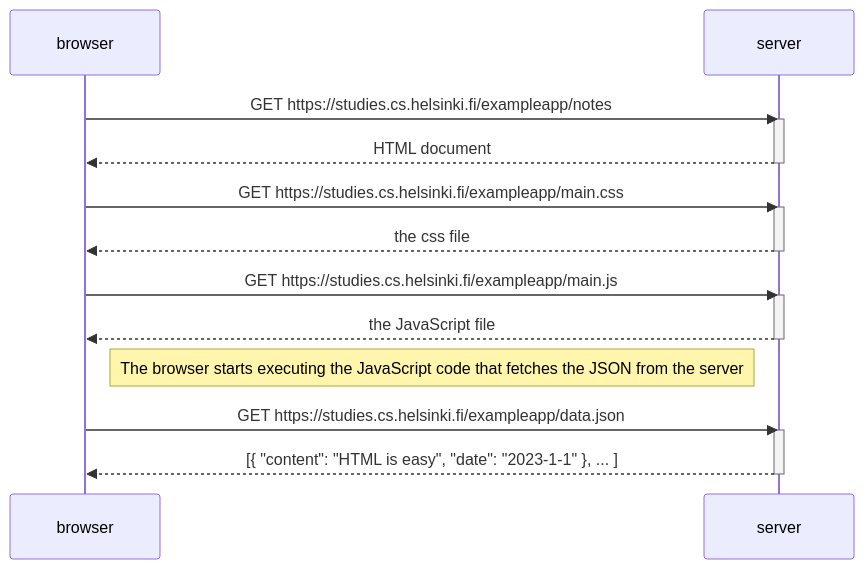
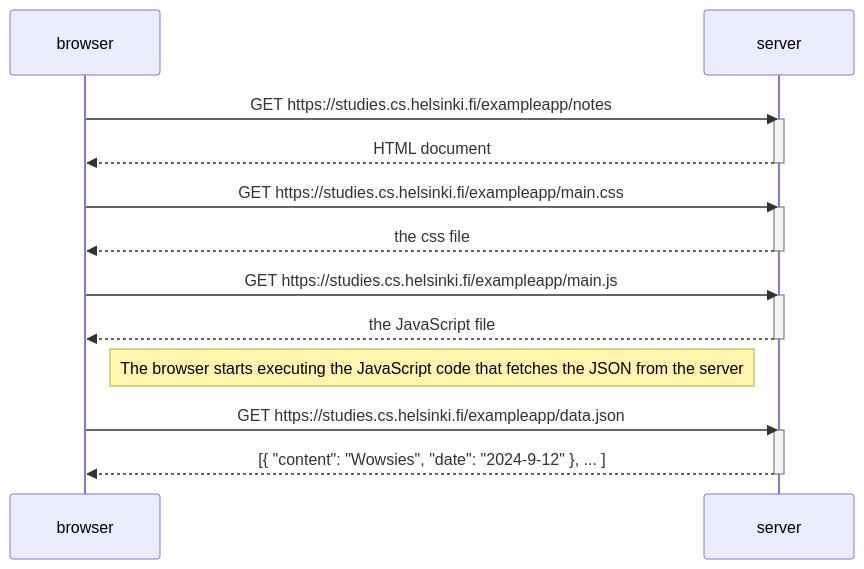
Before and after one commit to BorisKalika/FullStackMOOC: the diagram in part0/markdown.md, drawn with Mermaid.

Commit message:
change: Edited diagram

````diff
--- a/part0/markdown.md
+++ b/part0/markdown.md
@@ -1,28 +1,28 @@
 ```mermaid
 
 sequenceDiagram
     participant browser
     participant server
 
     browser->>server: GET https://studies.cs.helsinki.fi/exampleapp/notes
     activate server
     server-->>browser: HTML document
     deactivate server
 
     browser->>server: GET https://studies.cs.helsinki.fi/exampleapp/main.css
     activate server
     server-->>browser: the css file
     deactivate server
 
     browser->>server: GET https://studies.cs.helsinki.fi/exampleapp/main.js
     activate server
     server-->>browser: the JavaScript file
     deactivate server
 
     Note right of browser: The browser starts executing the JavaScript code that fetches the JSON from the server
 
     browser->>server: GET https://studies.cs.helsinki.fi/exampleapp/data.json
     activate server
-    server-->>browser: [{ "content": "HTML is easy", "date": "2023-1-1" }, ... ]
+    server-->>browser: [{ "content": "Wowsies", "date": "2024-9-12" }, ... ]
     deactivate server
 ```
````
